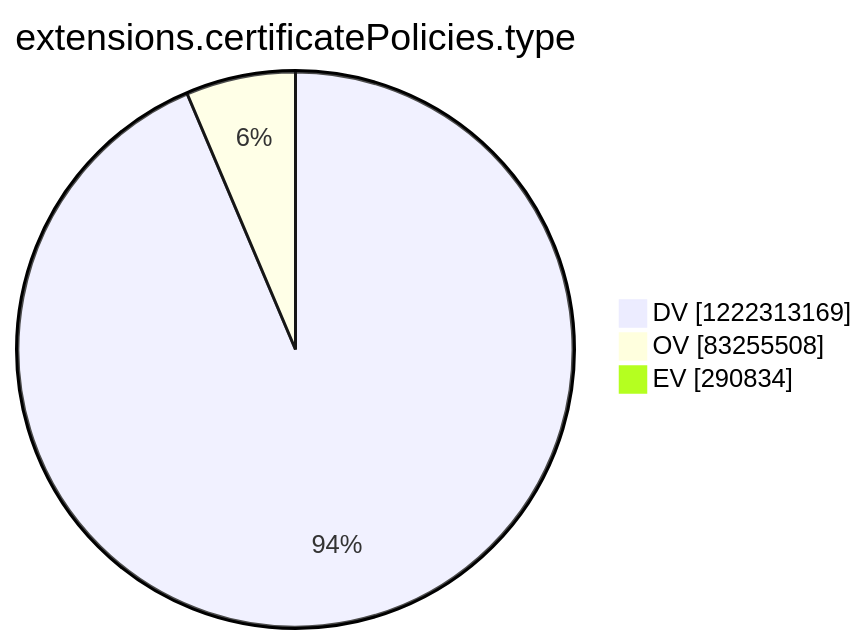
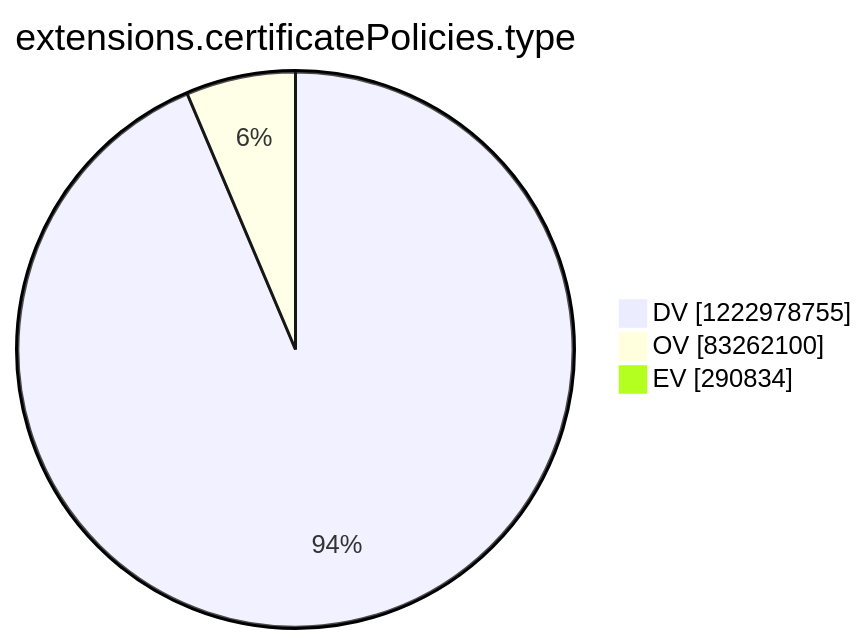
One commit to christiankrug/ctmonitor_visualization changed the tenth of 15 diagrams in argon2022/README.md. Above: the diagram before and after it, drawn with Mermaid. The commit also changed other lines of this file, not shown here.

````diff
--- a/argon2022/README.md
+++ b/argon2022/README.md
@@ -2769,7 +2769,7 @@
 ```mermaid
 pie showData
 title extensions.certificatePolicies.type
-"DV" :1222313169
-"OV" :83255508
+"DV" :1222978755
+"OV" :83262100
 "EV" :290834
 ```
````
